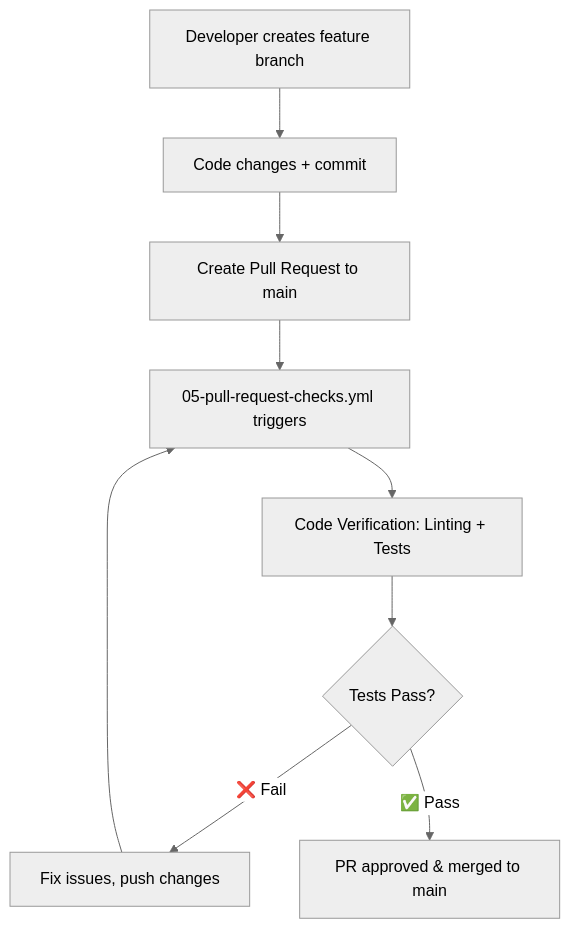
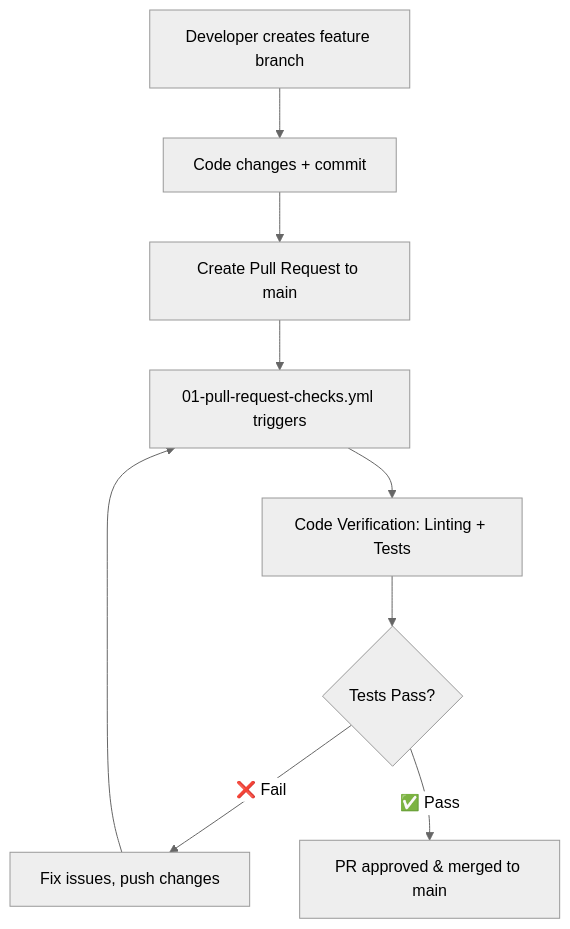
The first of 2 diagrams in documentation/README.md (VANQUOC81/experiment-mlops), drawn with Mermaid (neutral theme) before and after one commit. The commit also changed other lines of this file and 15 other files, not shown here.

````diff
--- a/documentation/README.md
+++ b/documentation/README.md
@@ -152,11 +152,11 @@
 ```mermaid
 graph TD
     A[Developer creates feature branch] --> B[Code changes + commit]
     B --> C[Create Pull Request to main]
-    C --> D[05-pull-request-checks.yml triggers]
+    C --> D[01-pull-request-checks.yml triggers]
     D --> E[Code Verification: Linting + Tests]
     E --> F{Tests Pass?}
     F -->|❌ Fail| G[Fix issues, push changes]
     G --> D
     F -->|✅ Pass| H[PR approved & merged to main]
 ```
````
